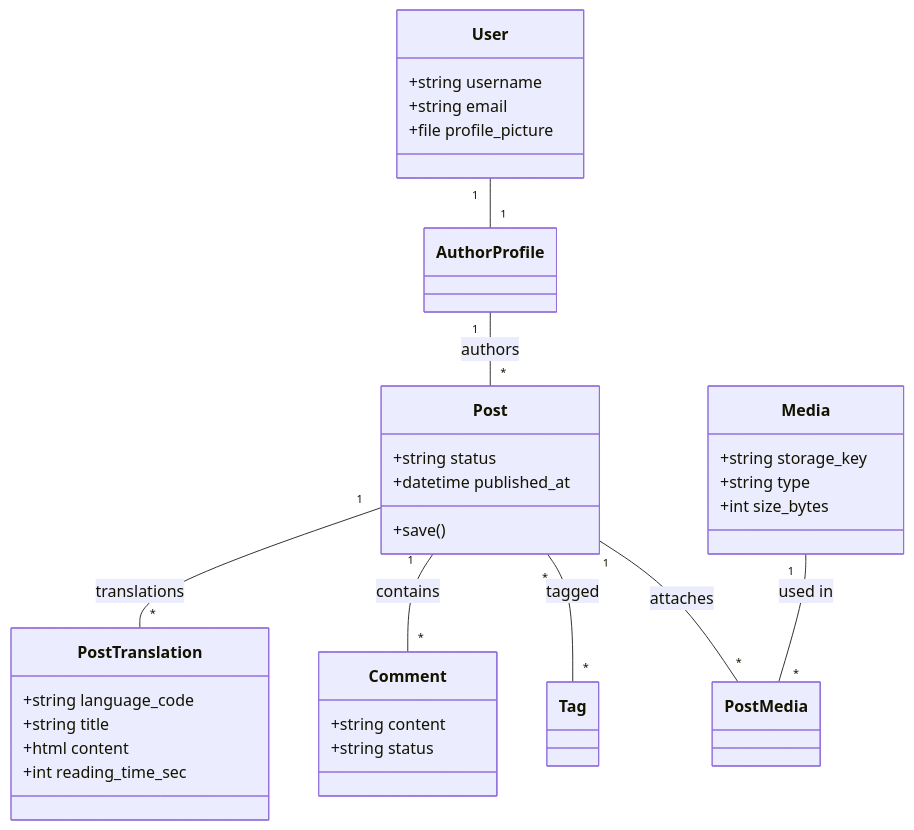
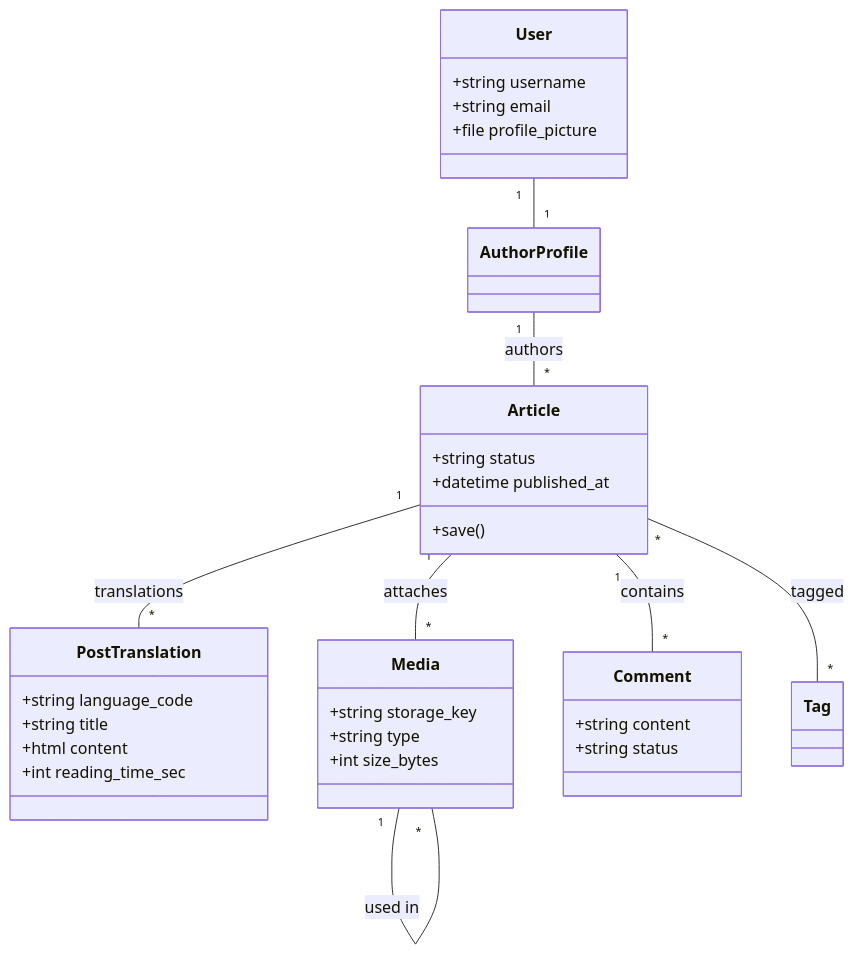
One commit to amirhossein-moloki/Blog changed the second of 4 diagrams in COMPREHENSIVE_ARCHITECTURE.md. Above: the diagram before and after it, drawn with Mermaid. The commit also changed other lines of this file and 25 other files, not shown here.

Commit message:
sync: update API collections, openapi schemas, and docs with Article model and remove AVIF reference

````diff
--- a/COMPREHENSIVE_ARCHITECTURE.md
+++ b/COMPREHENSIVE_ARCHITECTURE.md
@@ -458,35 +458,35 @@
 ```mermaid
 classDiagram
     class User {
         +string username
         +string email
         +file profile_picture
     }
-    class Post {
+    class Article {
         +string status
         +datetime published_at
         +save()
     }
     class PostTranslation {
         +string language_code
         +string title
         +html content
         +int reading_time_sec
     }
     class Media {
         +string storage_key
         +string type
         +int size_bytes
     }
     class Comment {
         +string content
         +string status
     }
     User "1" -- "1" AuthorProfile
-    AuthorProfile "1" -- "*" Post : authors
-    Post "1" -- "*" PostTranslation : translations
-    Post "1" -- "*" Comment : contains
-    Post "*" -- "*" Tag : tagged
-    Post "1" -- "*" PostMedia : attaches
-    Media "1" -- "*" PostMedia : used in
+    AuthorProfile "1" -- "*" Article : authors
+    Article "1" -- "*" PostTranslation : translations
+    Article "1" -- "*" Comment : contains
+    Article "*" -- "*" Tag : tagged
+    Article "1" -- "*" Media : attaches
+    Media "1" -- "*" Media : used in
 ```
````
